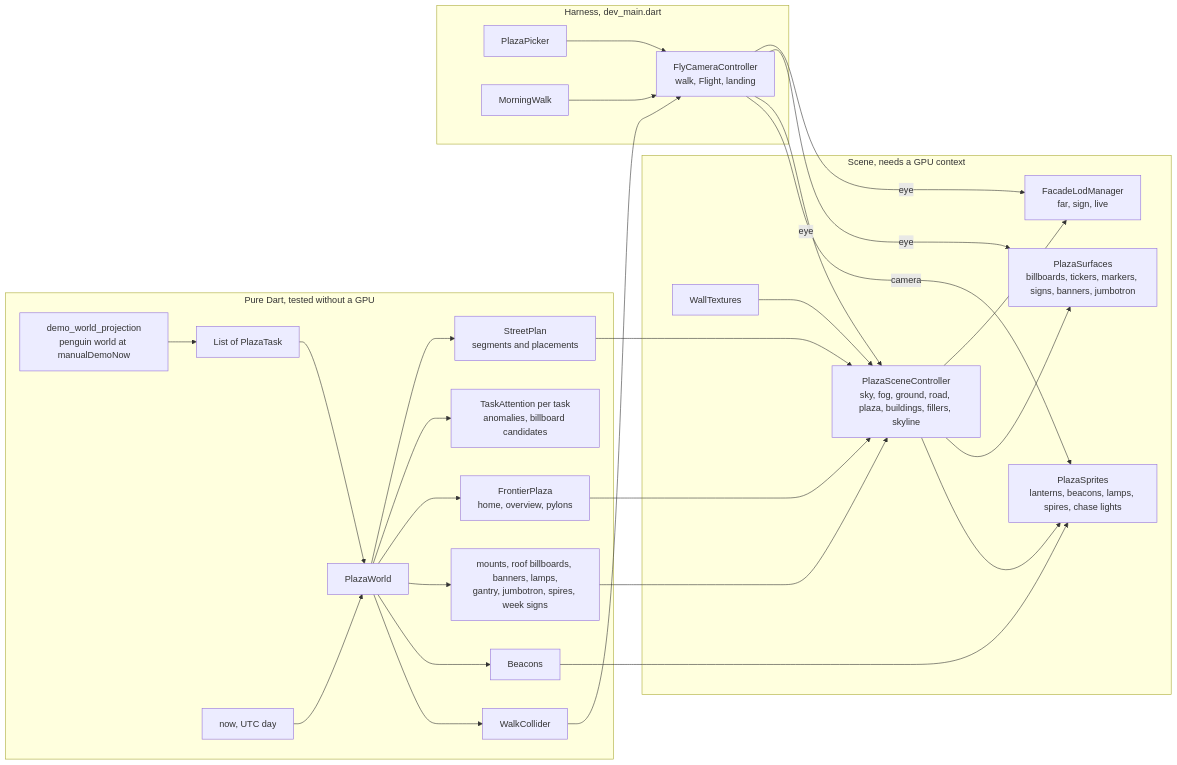
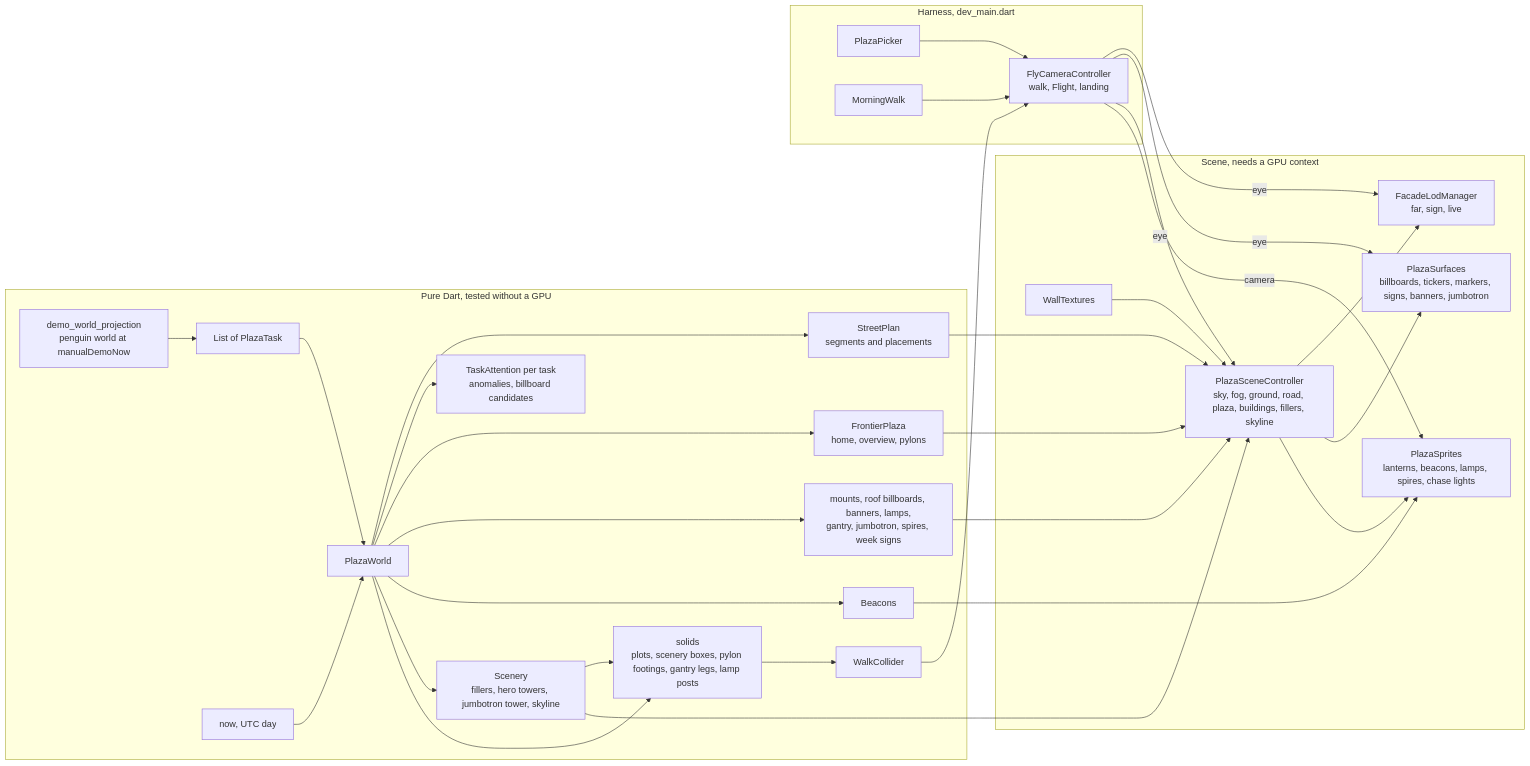
Before and after one commit to matthiasn/lotti: the first of 4 diagrams in knowledge/features/plaza.md, drawn with Mermaid. The commit also changed other lines of this file and 13 other files, not shown here.

````diff
--- a/knowledge/features/plaza.md
+++ b/knowledge/features/plaza.md
@@ -95,33 +99,37 @@
 ```mermaid
 flowchart LR
   subgraph pure ["Pure Dart, tested without a GPU"]
     Demo["demo_world_projection<br/>penguin world at manualDemoNow"] --> Tasks["List of PlazaTask"]
     Tasks --> World["PlazaWorld"]
     Clock["now, UTC day"] --> World
     World --> Plan["StreetPlan<br/>segments and placements"]
     World --> Att["TaskAttention per task<br/>anomalies, billboard candidates"]
     World --> Plaza["FrontierPlaza<br/>home, overview, pylons"]
     World --> Overlays["mounts, roof billboards, banners, lamps,<br/>gantry, jumbotron, spires, week signs"]
     World --> Beacons["Beacons"]
-    World --> Collider["WalkCollider"]
+    World --> Scenery["Scenery<br/>fillers, hero towers, jumbotron tower, skyline"]
+    World --> Solids["solids<br/>plots, scenery boxes, pylon footings, gantry legs, lamp posts"]
+    Scenery --> Solids
+    Solids --> Collider["WalkCollider"]
   end
   subgraph scene ["Scene, needs a GPU context"]
     Plan --> Ctl["PlazaSceneController<br/>sky, fog, ground, road, plaza, buildings, fillers, skyline"]
+    Scenery --> Ctl
     Plaza --> Ctl
     Overlays --> Ctl
     Walls["WallTextures"] --> Ctl
     Ctl --> LOD["FacadeLodManager<br/>far, sign, live"]
     Ctl --> Surfaces["PlazaSurfaces<br/>billboards, tickers, markers, signs, banners, jumbotron"]
     Ctl --> Sprites["PlazaSprites<br/>lanterns, beacons, lamps, spires, chase lights"]
     Beacons --> Sprites
   end
   subgraph harness ["Harness, dev_main.dart"]
     Cam["FlyCameraController<br/>walk, Flight, landing"] -->|eye| LOD
     Cam -->|eye| Surfaces
     Cam -->|eye| Ctl
     Cam -->|camera| Sprites
     Picker["PlazaPicker"] --> Cam
     Walk["MorningWalk"] --> Cam
     Collider --> Cam
   end
 ```
````
